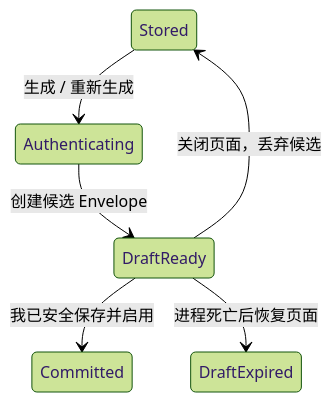
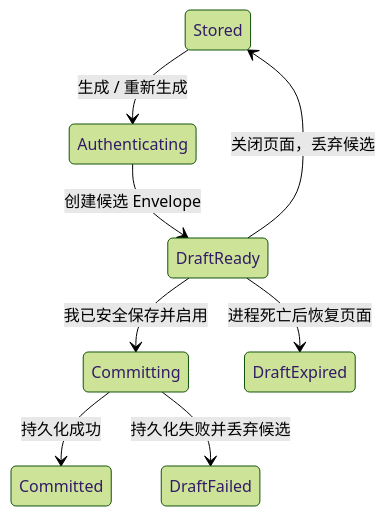
One commit to aozijx/Passly changed the second of 2 diagrams in docs/security/authentication.md. Above: the diagram before and after it, drawn with Mermaid (forest theme). The commit also changed other lines of this file and 3 other files, not shown here.

````diff
--- a/docs/security/authentication.md
+++ b/docs/security/authentication.md
@@ -71,8 +71,10 @@
 ```mermaid
 stateDiagram-v2
     Stored --> Authenticating: 生成 / 重新生成
     Authenticating --> DraftReady: 创建候选 Envelope
     DraftReady --> Stored: 关闭页面，丢弃候选
-    DraftReady --> Committed: 我已安全保存并启用
+    DraftReady --> Committing: 我已安全保存并启用
+    Committing --> Committed: 持久化成功
+    Committing --> DraftFailed: 持久化失败并丢弃候选
     DraftReady --> DraftExpired: 进程死亡后恢复页面
 ```
````
